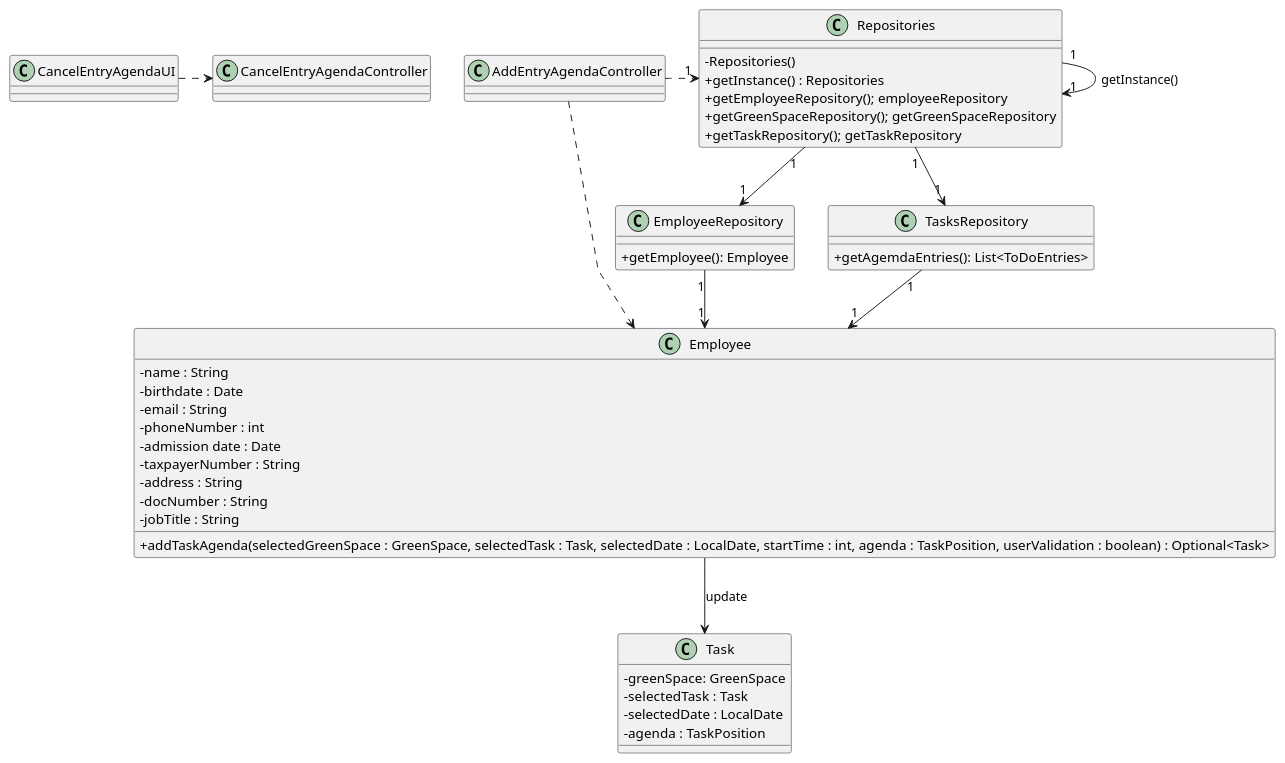
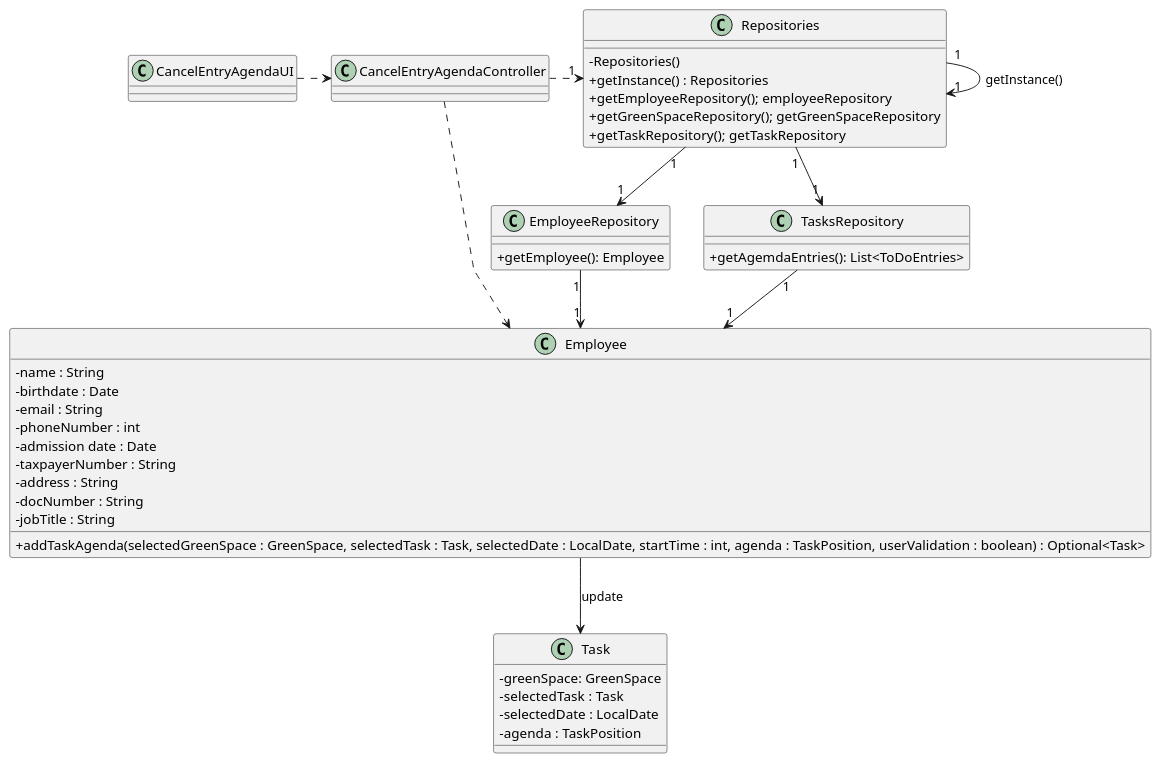
The diagram in docs/sprintC/US025/03.design/puml/us025-class-diagram.puml (LopemigueISEP/lei-24-s2-1nb-g312), drawn with PlantUML before and after one commit. The commit also changed 33 other files, not shown here.

```diff
--- a/docs/sprintC/US025/03.design/puml/us025-class-diagram.puml
+++ b/docs/sprintC/US025/03.design/puml/us025-class-diagram.puml
@@ -1,78 +1,78 @@
 @startuml
 'skinparam monochrome true
 skinparam packageStyle rectangle
 skinparam shadowing false
 skinparam linetype polyline
 'skinparam linetype orto
 
 skinparam classAttributeIconSize 0
 
 'left to right direction
 class Employee{
     -name : String
     -birthdate : Date
     -email : String
     -phoneNumber : int
     -admission date : Date
     -taxpayerNumber : String
     -address : String
     -docNumber : String
     -jobTitle : String
 
 + addTaskAgenda(selectedGreenSpace : GreenSpace, selectedTask : Task, selectedDate : LocalDate, startTime : int, agenda : TaskPosition, userValidation : boolean) : Optional<Task>
 
 
 }
 
 class Task{
 -greenSpace: GreenSpace
 -selectedTask : Task
 -selectedDate : LocalDate
 -agenda : TaskPosition
 
 }
 
 
 class CancelEntryAgendaController{
 
 }
 
 class CancelEntryAgendaUI{
 
 }
 
 class Repositories {
     - Repositories()
     + getInstance() : Repositories
     + getEmployeeRepository(); employeeRepository
      + getGreenSpaceRepository(); getGreenSpaceRepository
      + getTaskRepository(); getTaskRepository
 
 }
 class EmployeeRepository{
 
 
 +getEmployee(): Employee
 
 }
 class TasksRepository{
  +getAgemdaEntries(): List<ToDoEntries>
 }
 
 CancelEntryAgendaUI .>CancelEntryAgendaController
 
-AddEntryAgendaController .> "1" Repositories
+CancelEntryAgendaController .> "1" Repositories
 
 Repositories "1" --> "1" Repositories : getInstance()
 Repositories "1" --> "1" EmployeeRepository
 Repositories "1" --> "1" TasksRepository
 
-AddEntryAgendaController ..>Employee
+CancelEntryAgendaController ..>Employee
 
 EmployeeRepository "1" --> "1" Employee
 TasksRepository "1" --> "1" Employee
 
 Employee --> Task: update
 
 
 @enduml
```
